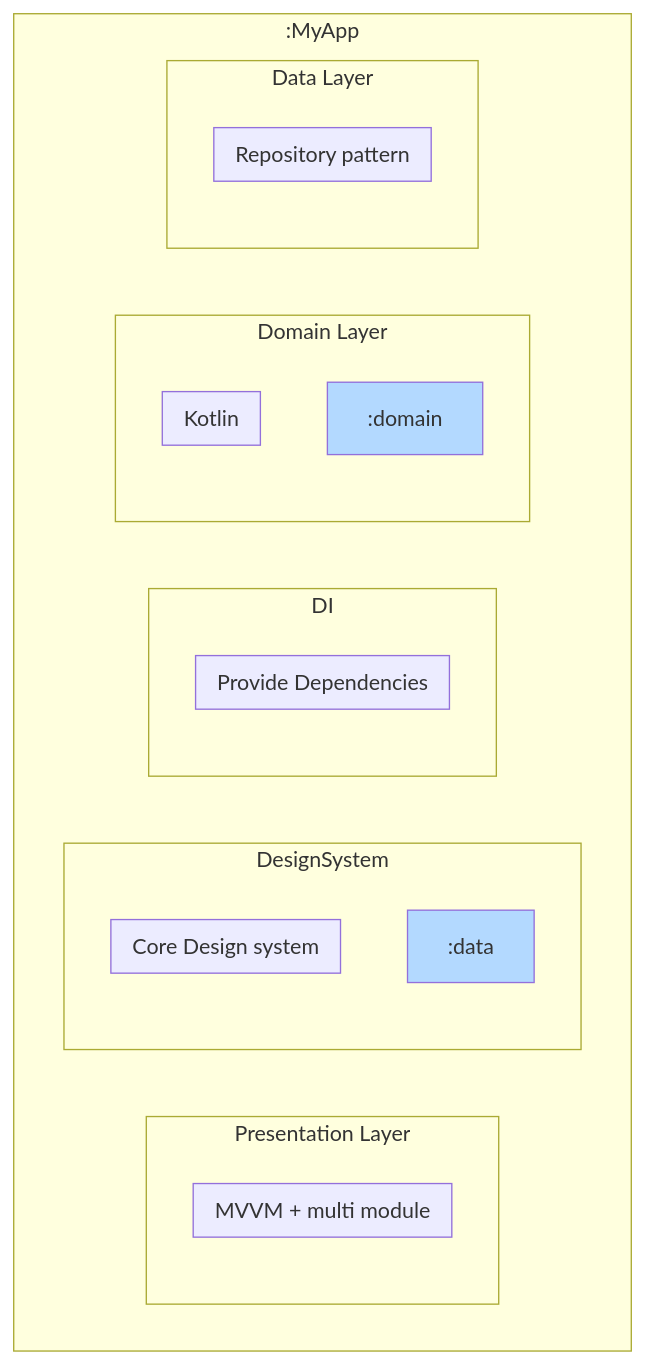
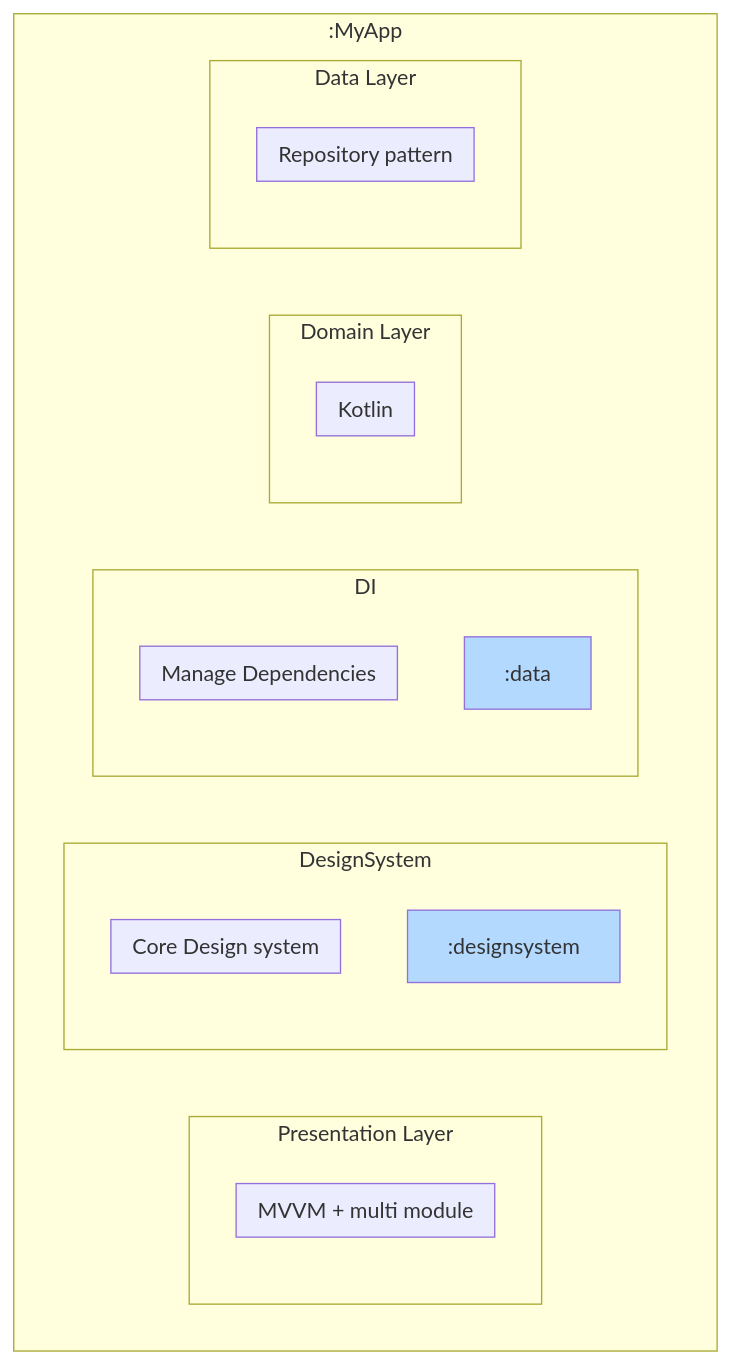
One commit to nguyenthe0107/tymex changed the diagram in README.md. Above: the diagram before and after it, drawn with Mermaid.

Commit message:
update-readme

````diff
--- a/README.md
+++ b/README.md
@@ -79,42 +79,42 @@
 ```mermaid
 graph TD
     subgraph Application[:MyApp]
         subgraph "Presentation Layer"
             direction TB
             subgraph "MVVM + multi module"
             end
         end
 
         subgraph "DesignSystem"
             direction TB
             DA[":designsystem"]
             style DA fill:#b3d9ff
             subgraph "Core Design system"
             end
         end
 
         subgraph "DI"
             direction TB
-            DA[":Dependencies"]
+            D[":di"]
             style DA fill:#b3d9ff
-            subgraph "Provide Dependencies"
+            subgraph "Manage Dependencies"
             end
         end
 
         subgraph "Domain Layer"
             direction TB
             D[":domain"]
             style D fill:#b3d9ff
             subgraph "Kotlin"
             end
         end
 
         subgraph "Data Layer"
             direction TB
-            DA[":data"]
+            D[":data"]
             style DA fill:#b3d9ff
             subgraph "Repository pattern"
             end
         end
     end
 ```
````
